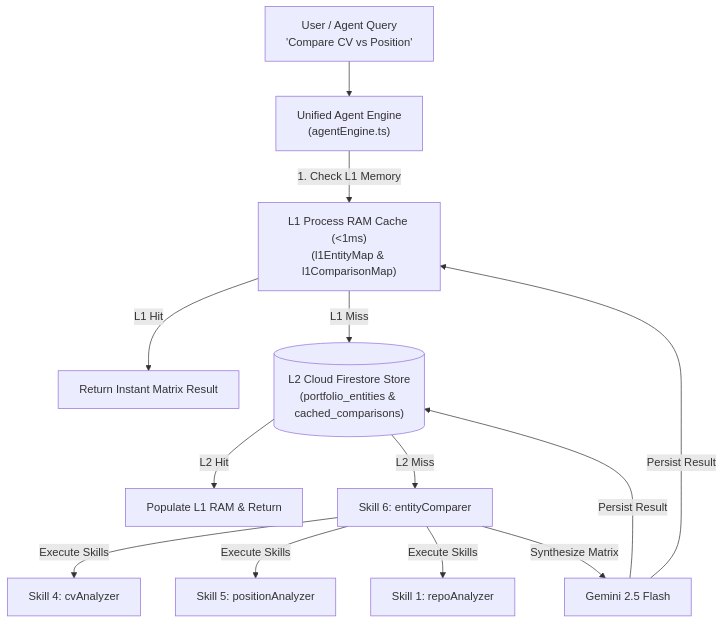
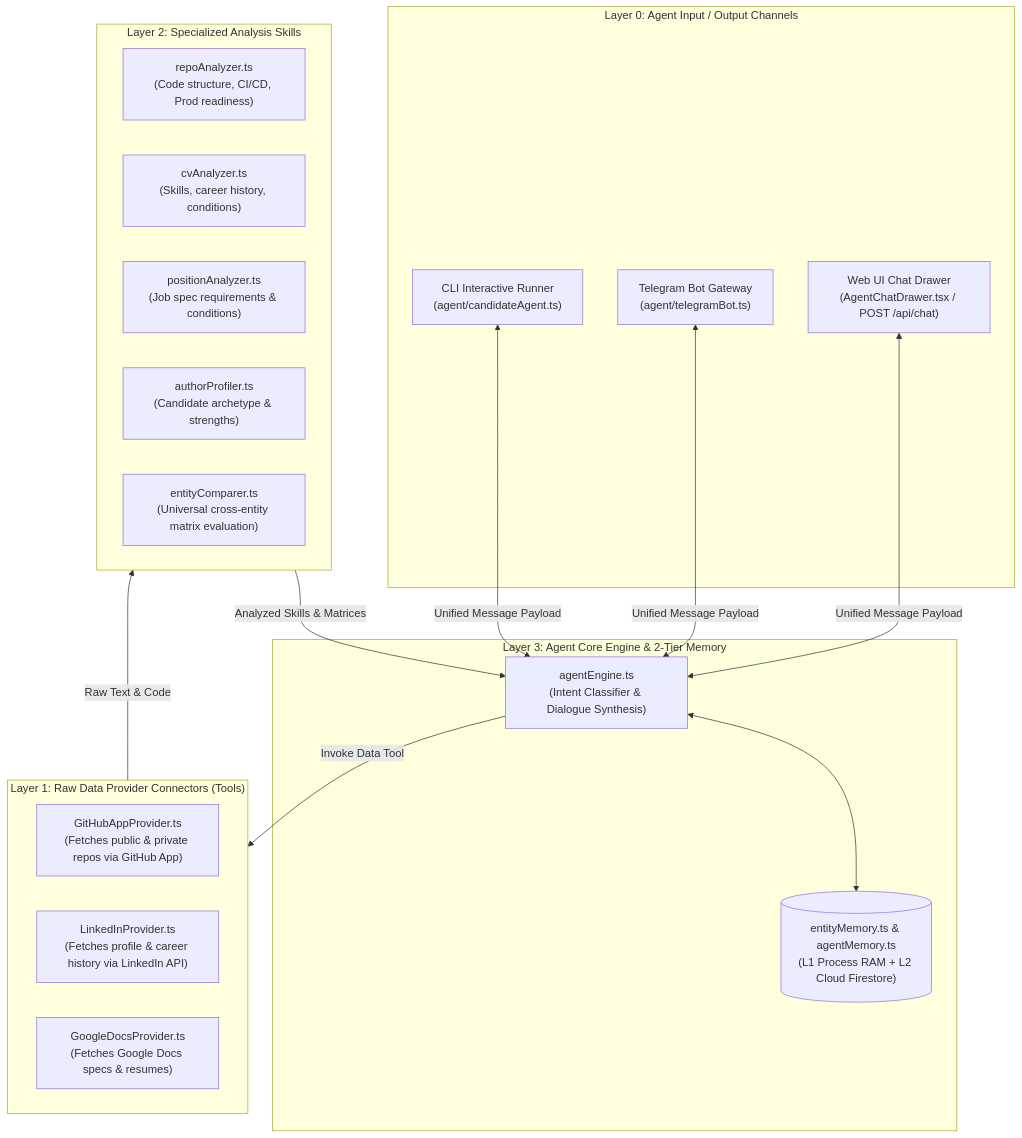
The diagram in docs/implementation_plan.md (phgrey/portfolist), drawn with Mermaid before and after one commit. The commit also changed other lines of this file and 18 other files, not shown here.

Commit message:
adding github app integration

````diff
--- a/docs/implementation_plan.md
+++ b/docs/implementation_plan.md
@@ -57,15 +13,34 @@
 ```mermaid
 flowchart TD
-    Query["User / Agent Query\n'Compare CV vs Position'"] --> Engine["Unified Agent Engine\n(agentEngine.ts)"]
-    
-    Engine -->|1. Check L1 Memory| L1Map["L1 Process RAM Cache (<1ms)\n(l1EntityMap & l1ComparisonMap)"]
-    L1Map -->|L1 Hit| ReturnFast["Return Instant Matrix Result"]
-    
-    L1Map -->|L1 Miss| L2Store[("L2 Cloud Firestore Store\n(portfolio_entities & cached_comparisons)")]
-    L2Store -->|L2 Hit| WarmL1["Populate L1 RAM & Return"]
-    
-    L2Store -->|L2 Miss| Comparer["Skill 6: entityComparer"]
-    Comparer -->|Execute Skills| CVAnalyzer["Skill 4: cvAnalyzer"] & PosAnalyzer["Skill 5: positionAnalyzer"] & RepoAnalyzer["Skill 1: repoAnalyzer"]
-    Comparer -->|Synthesize Matrix| Gemini["Gemini 2.5 Flash"]
-    Gemini -->|Persist Result| L1Map & L2Store
+    subgraph Layer0["Layer 0: Agent Input / Output Channels"]
+        WebUIChannel["Web UI Chat Drawer\n(AgentChatDrawer.tsx / POST /api/chat)"]
+        TelegramChannel["Telegram Bot Gateway\n(agent/telegramBot.ts)"]
+        CLIChannel["CLI Interactive Runner\n(agent/candidateAgent.ts)"]
+    end
+
+    subgraph Layer3["Layer 3: Agent Core Engine & 2-Tier Memory"]
+        AgentEngine["agentEngine.ts\n(Intent Classifier & Dialogue Synthesis)"]
+        EntityMemory[("entityMemory.ts & agentMemory.ts\n(L1 Process RAM + L2 Cloud Firestore)")]
+    end
+
+    subgraph Layer1["Layer 1: Raw Data Provider Connectors (Tools)"]
+        GithubProvider["GitHubAppProvider.ts\n(Fetches public & private repos via GitHub App)"]
+        LinkedinProvider["LinkedInProvider.ts\n(Fetches profile & career history via LinkedIn API)"]
+        GoogleDocsProvider["GoogleDocsProvider.ts\n(Fetches Google Docs specs & resumes)"]
+    end
+
+    subgraph Layer2["Layer 2: Specialized Analysis Skills"]
+        RepoAnalyzer["repoAnalyzer.ts\n(Code structure, CI/CD, Prod readiness)"]
+        CvAnalyzer["cvAnalyzer.ts\n(Skills, career history, conditions)"]
+        PositionAnalyzer["positionAnalyzer.ts\n(Job spec requirements & conditions)"]
+        AuthorProfiler["authorProfiler.ts\n(Candidate archetype & strengths)"]
+        EntityComparer["entityComparer.ts\n(Universal cross-entity matrix evaluation)"]
+    end
+
+    WebUIChannel & TelegramChannel & CLIChannel <-->|Unified Message Payload| AgentEngine
+    AgentEngine <--> EntityMemory
+
+    AgentEngine -->|Invoke Data Tool| Layer1
+    Layer1 -->|Raw Text & Code| Layer2
+    Layer2 -->|Analyzed Skills & Matrices| AgentEngine
 ```
````
